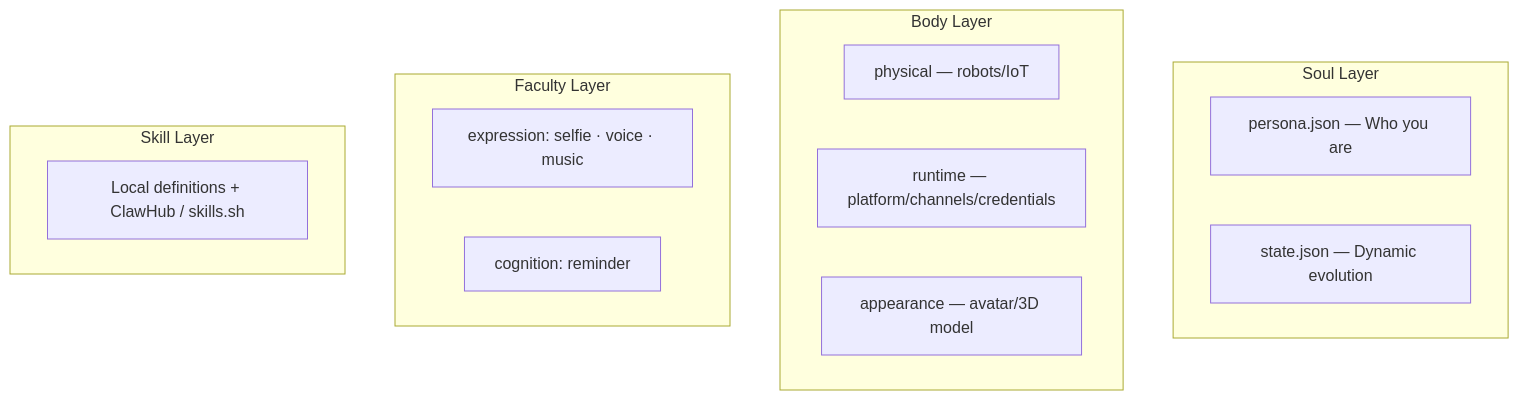
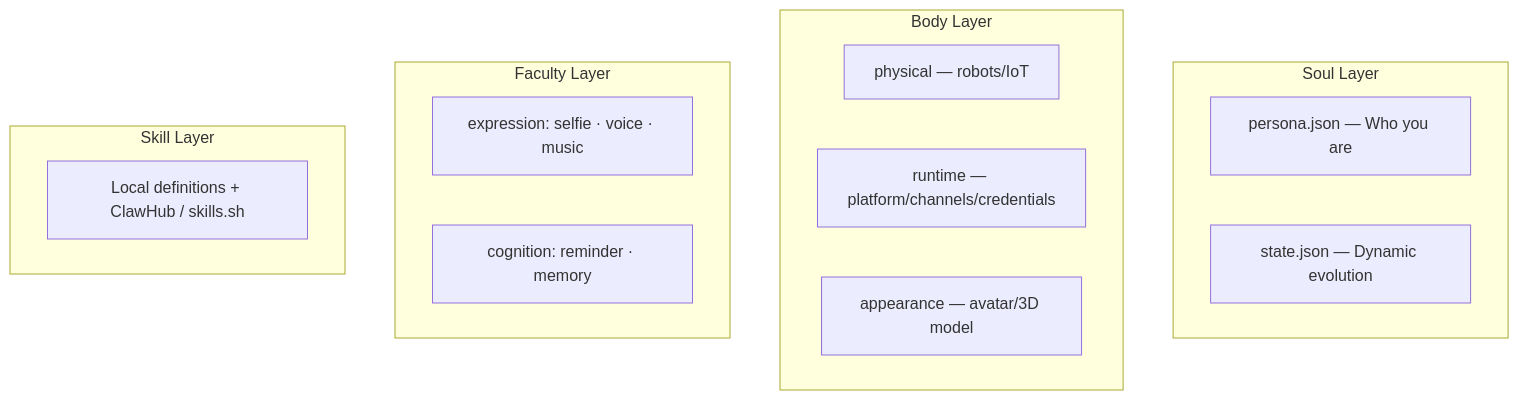
The diagram in README.md (ACNet-AI/OpenPersona), drawn with Mermaid before and after one commit. The commit also changed other lines of this file and 11 other files, not shown here.

````diff
--- a/README.md
+++ b/README.md
@@ -47,19 +49,19 @@
 ```mermaid
 flowchart TB
   subgraph Soul ["Soul Layer"]
     A["persona.json — Who you are"]
     B["state.json — Dynamic evolution"]
   end
   subgraph Body ["Body Layer"]
     C["physical — robots/IoT"]
     G["runtime — platform/channels/credentials"]
     H["appearance — avatar/3D model"]
   end
   subgraph Faculty ["Faculty Layer"]
     D["expression: selfie · voice · music"]
-    E["cognition: reminder"]
+    E["cognition: reminder · memory"]
   end
   subgraph Skill ["Skill Layer"]
     F["Local definitions + ClawHub / skills.sh"]
   end
 ```
````
